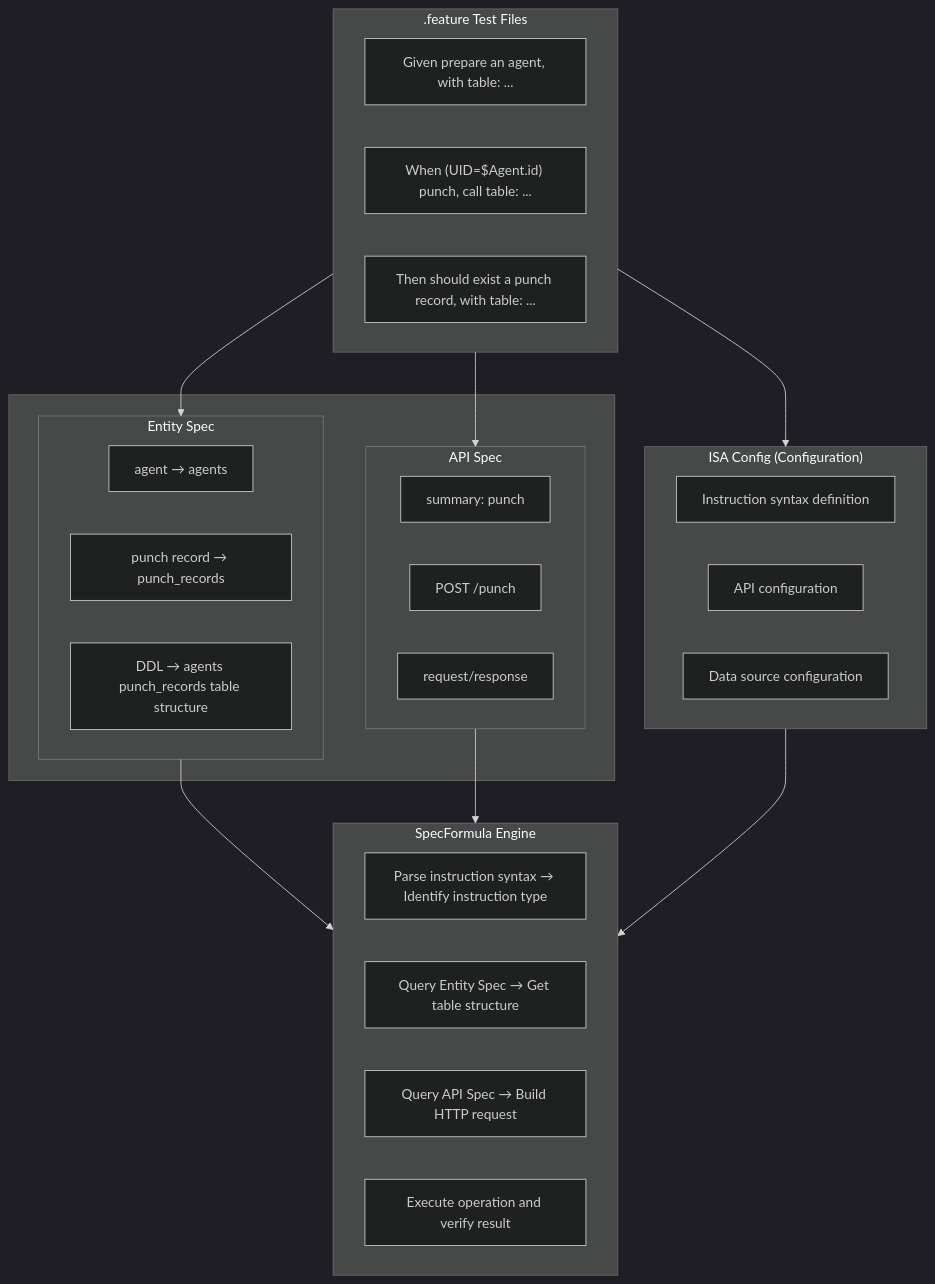
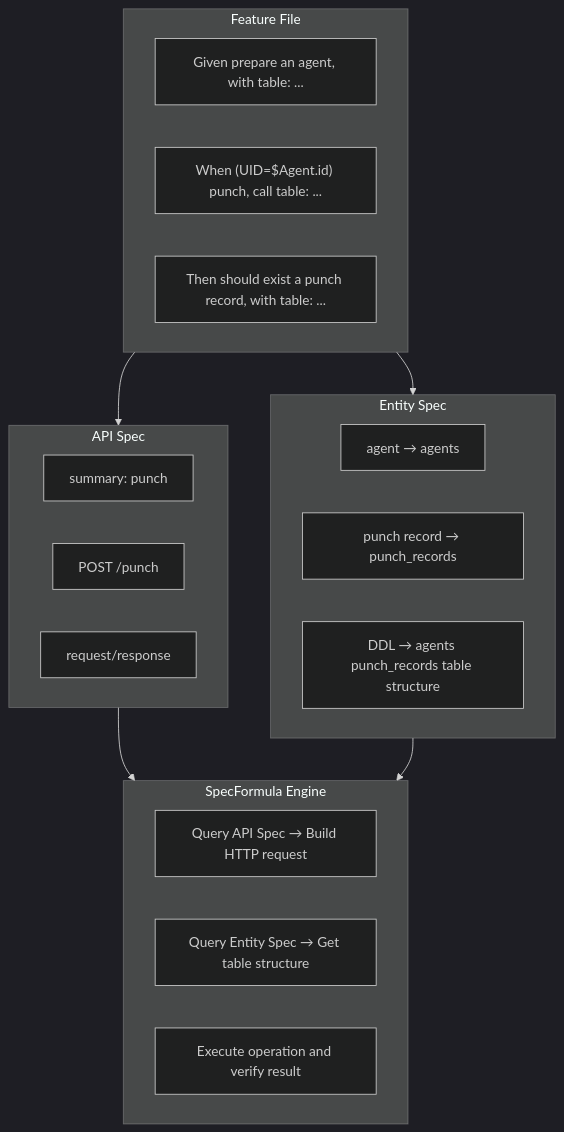
The diagram in content/docs/gherkin/isa/backend/three-specs.en.mdx (SpecFormula/specformula-docs), drawn with Mermaid (dark theme) before and after one commit. The commit also changed other lines of this file and 1 other file, not shown here.

Commit message:
docs: proofread three-specs overview documentation
- Fix @notnull to &isNotNull (CAS-System syntax)
- Simplify mermaid flowchart: remove ISA Config, use parallel layout
- Rename .feature references to Feature File for consistency
- Clarify resource_path vs project_path with inline comments
- Add entity_to_table_mapping to Lint check description

````diff
--- a/content/docs/gherkin/isa/backend/three-specs.en.mdx
+++ b/content/docs/gherkin/isa/backend/three-specs.en.mdx
@@ -16,41 +16,31 @@
 ```mermaid
 flowchart TB
-    subgraph Feature[".feature Test Files"]
+    subgraph Feature["Feature File"]
         F1["Given prepare an agent, with table: ..."]
         F2["When (UID=$Agent.id) punch, call table: ..."]
         F3["Then should exist a punch record, with table: ..."]
     end
 
-    subgraph Specs[" "]
-        subgraph API["API Spec"]
-            API1["summary: punch"]
-            API2["POST /punch"]
-            API3["request/response"]
-        end
-        subgraph EM["Entity Spec"]
-            EM1["agent → agents"]
-            EM2["punch record → punch_records"]
-            DDL["DDL → agents punch_records table structure"]
-        end
+    subgraph API["API Spec"]
+        API1["summary: punch"]
+        API2["POST /punch"]
+        API3["request/response"]
     end
 
-    subgraph ISA["ISA Config (Configuration)"]
-        ISA1["Instruction syntax definition"]
-        ISA2["API configuration"]
-        ISA3["Data source configuration"]
+    subgraph EM["Entity Spec"]
+        EM1["agent → agents"]
+        EM2["punch record → punch_records"]
+        DDL["DDL → agents punch_records table structure"]
     end
 
     subgraph Engine["SpecFormula Engine"]
-        E1["Parse instruction syntax → Identify instruction type"]
+        E1["Query API Spec → Build HTTP request"]
         E2["Query Entity Spec → Get table structure"]
-        E3["Query API Spec → Build HTTP request"]
-        E4["Execute operation and verify result"]
+        E3["Execute operation and verify result"]
     end
 
+    Feature --> API
     Feature --> EM
-    Feature --> API
-    Feature --> ISA
+    API --> Engine
     EM --> Engine
-    API --> Engine
-    ISA --> Engine
 ```
````
